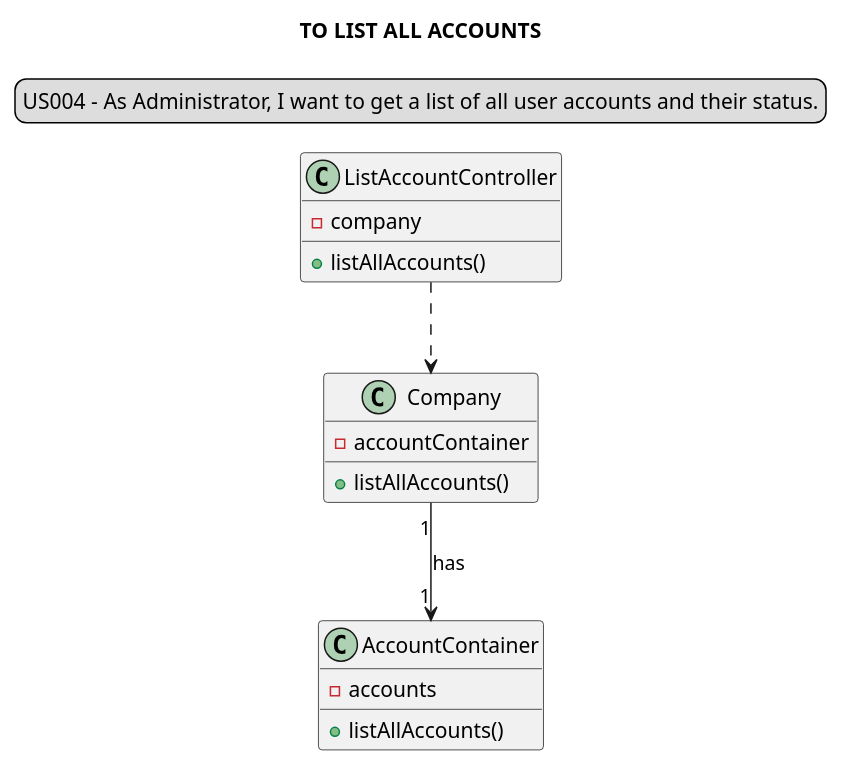
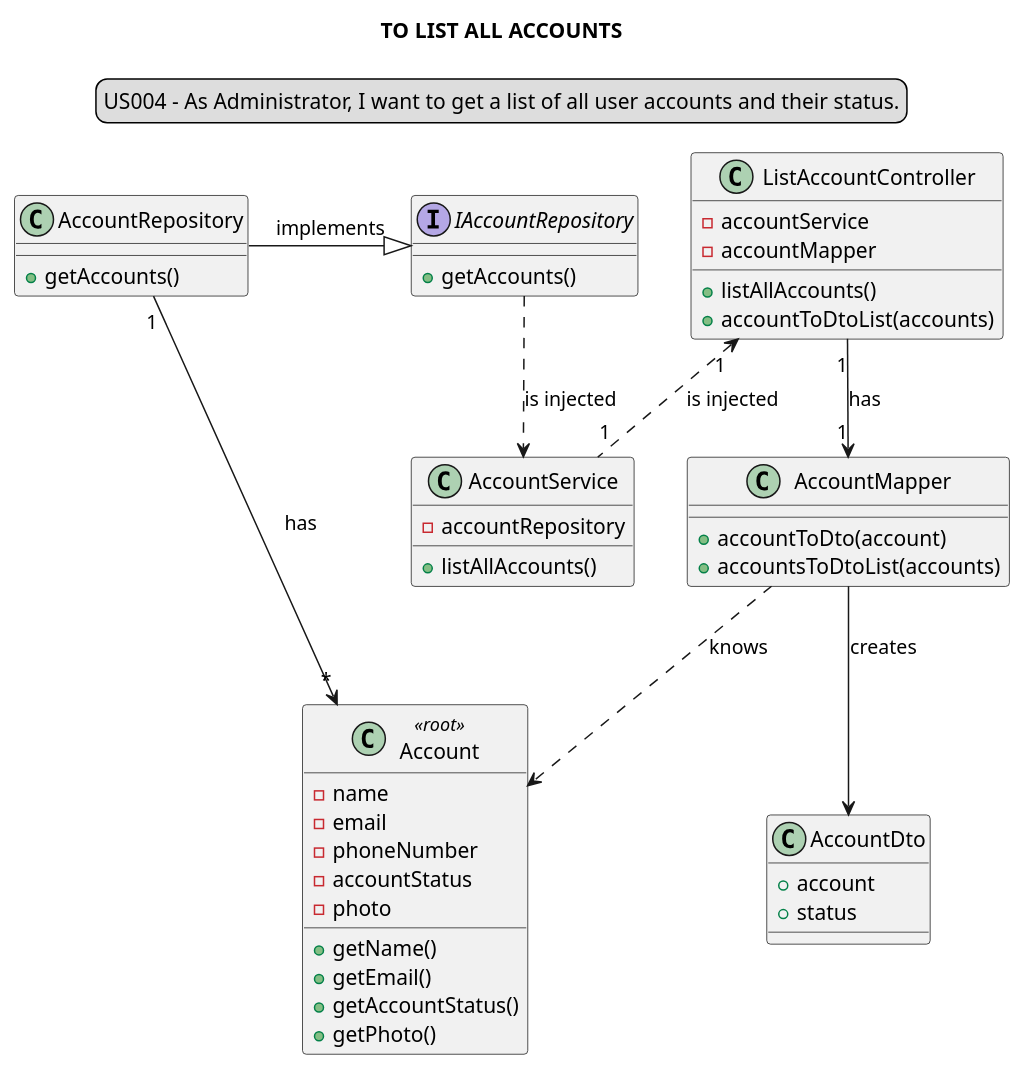
The diagram in docs/modelling_design/user_stories/sprint01/us004/US004_classDiagram.puml (Loracline/project_switch_22-23), drawn with PlantUML before and after one commit. The commit also changed 3 other files, not shown here.

Commit message:
US04: design: update class diagram and sequence diagram, closes #365

```diff
--- a/docs/modelling_design/user_stories/sprint01/us004/US004_classDiagram.puml
+++ b/docs/modelling_design/user_stories/sprint01/us004/US004_classDiagram.puml
@@ -1,27 +1,59 @@
 @startuml
-
 skinparam sequenceMessageAlign center
 title TO LIST ALL ACCOUNTS
 legend top
 US004 - As Administrator, I want to get a list of all user accounts and their status.
 end legend
 
-class "ListAccountController" {
--company
+
+class ListAccountController {
+-accountService
+-accountMapper
++listAllAccounts()
++accountToDtoList(accounts)
+}
+
+class AccountService{
+-accountRepository
 +listAllAccounts()
 }
 
-class "Company"{
--accountContainer
-+listAllAccounts()
-
-}
-class "AccountContainer"{
--accounts
-+listAllAccounts()
+class AccountRepository{
++getAccounts()
 }
 
-"ListAccountController" ..> "Company"
-"Company" "1"-->"1" "AccountContainer": has
+interface IAccountRepository{
++getAccounts()
+}
+
+class AccountMapper {
++accountToDto(account)
++accountsToDtoList(accounts)
+}
+
+class AccountDto{
++account
++status
+}
+
+class "Account" <<root>>{
+-name
+-email
+-phoneNumber
+-accountStatus
+-photo
++getName()
++getEmail()
++getAccountStatus()
++getPhoto()
+}
+
+ListAccountController"1" <.. "1"AccountService : is injected
+AccountRepository -|> IAccountRepository : implements
+IAccountRepository ..> AccountService : is injected
+ListAccountController "1"--> "1"AccountMapper : has
+AccountMapper --> AccountDto : creates
+AccountRepository "1"->"*" Account: has
+AccountMapper ..> Account : knows
 
 @enduml
```
